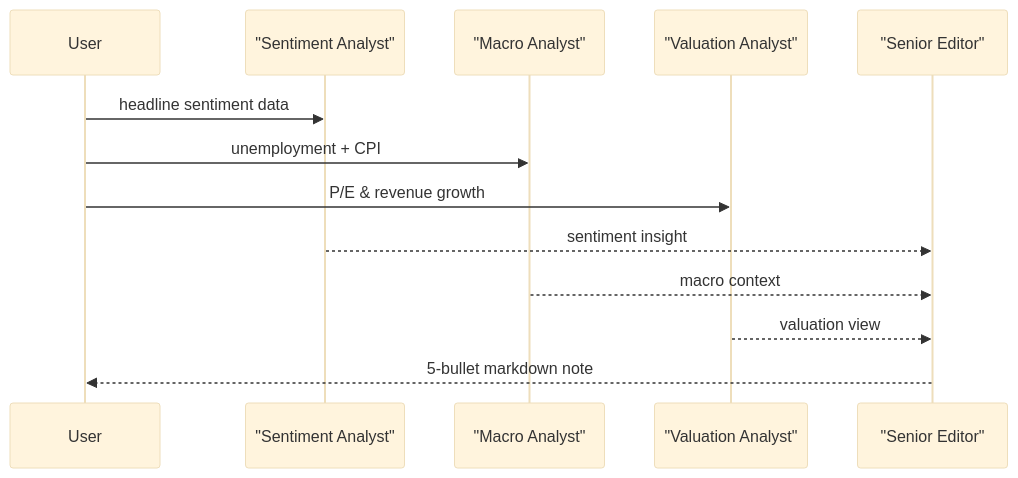
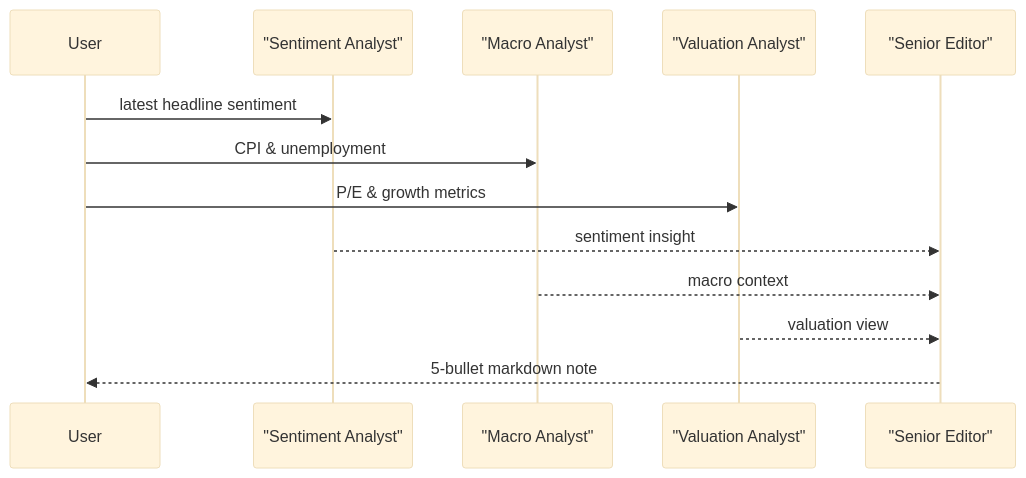
One commit to nsr789/quantum-trading-intelligence changed the second of 3 diagrams in README.md. Above: the diagram before and after it, drawn with Mermaid (base theme). The commit also changed other lines of this file, not shown here.

````diff
--- a/README.md
+++ b/README.md
@@ -68,18 +78,18 @@
 ```mermaid
 sequenceDiagram
-    participant User
-    participant Sentiment     as "Sentiment Analyst"
-    participant Macro         as "Macro Analyst"
-    participant Valuation     as "Valuation Analyst"
-    participant Editor        as "Senior Editor"
+    participant U as User
+    participant S as "Sentiment Analyst"
+    participant M as "Macro Analyst"
+    participant V as "Valuation Analyst"
+    participant E as "Senior Editor"
 
-    User->>Sentiment: headline sentiment data
-    User->>Macro: unemployment + CPI
-    User->>Valuation: P/E & revenue growth
+    U->>S: latest headline sentiment
+    U->>M: CPI & unemployment
+    U->>V: P/E & growth metrics
 
-    Sentiment-->>Editor: sentiment insight
-    Macro-->>Editor: macro context
-    Valuation-->>Editor: valuation view
+    S-->>E: sentiment insight
+    M-->>E: macro context
+    V-->>E: valuation view
 
-    Editor-->>User: 5-bullet markdown note
+    E-->>U: 5‑bullet markdown note
 ```
````
